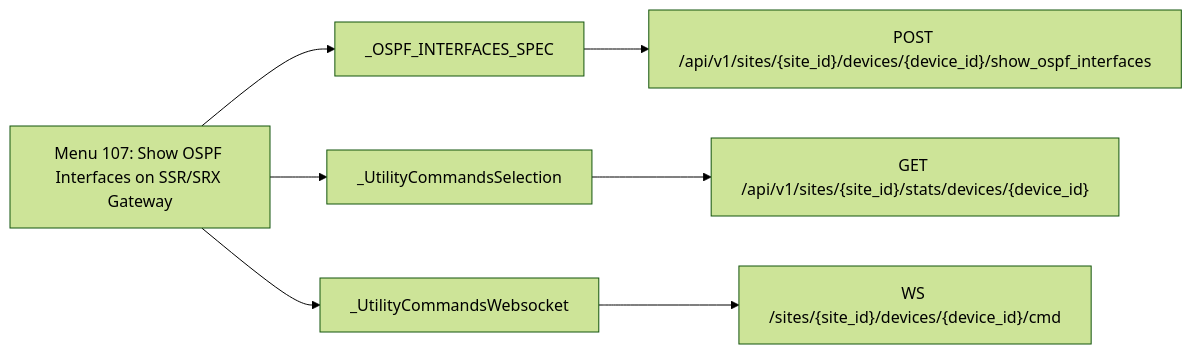
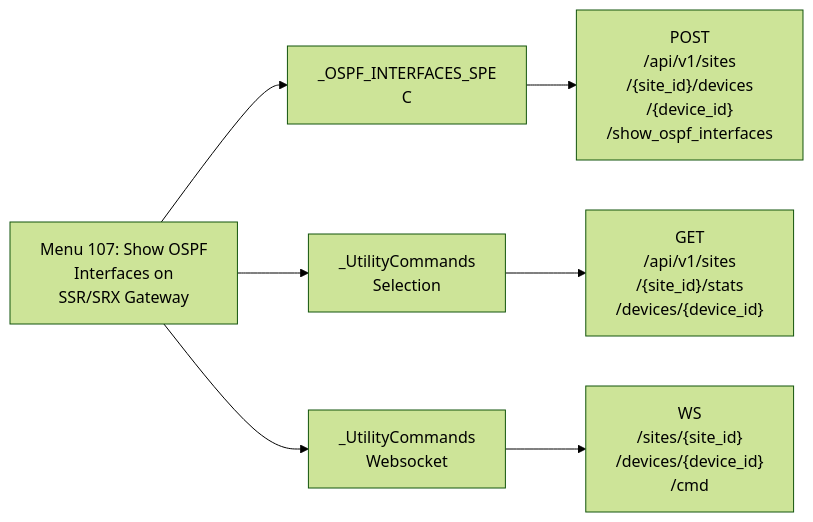
The seventh of 23 diagrams in documentation/menu-api/websocket.md (jmorrison-juniper/MistHelper), drawn with Mermaid (forest theme) before and after one commit. The commit also changed other lines of this file and 19 other files, not shown here.

First line of the commit message:
docs(menu-api): fit the Mermaid diagrams to the wiki column

````diff
--- a/documentation/menu-api/websocket.md
+++ b/documentation/menu-api/websocket.md
@@ -249,10 +157,10 @@
 ```mermaid
 flowchart LR
-    menu["Menu 107: Show OSPF Interfaces on SSR/SRX Gateway"]
-    menu --> c1["_OSPF_INTERFACES_SPEC"]
-    c1 --> e1["POST /api/v1/sites/{site_id}/devices/{device_id}/show_ospf_interfaces"]
-    menu --> c2["_UtilityCommandsSelection"]
-    c2 --> e2["GET /api/v1/sites/{site_id}/stats/devices/{device_id}"]
-    menu --> c3["_UtilityCommandsWebsocket"]
-    c3 --> e3["WS /sites/{site_id}/devices/{device_id}/cmd"]
+    menu["Menu 107: Show OSPF<br/>Interfaces on<br/>SSR/SRX Gateway"]
+    menu --> c1["_OSPF_INTERFACES_SPE<br/>C"]
+    c1 --> e1["POST<br/>/api/v1/sites<br/>/{site_id}/devices<br/>/{device_id}<br/>/show_ospf_interfaces"]
+    menu --> c2["_UtilityCommands<br/>Selection"]
+    c2 --> e2["GET<br/>/api/v1/sites<br/>/{site_id}/stats<br/>/devices/{device_id}"]
+    menu --> c3["_UtilityCommands<br/>Websocket"]
+    c3 --> e3["WS<br/>/sites/{site_id}<br/>/devices/{device_id}<br/>/cmd"]
 ```
````
